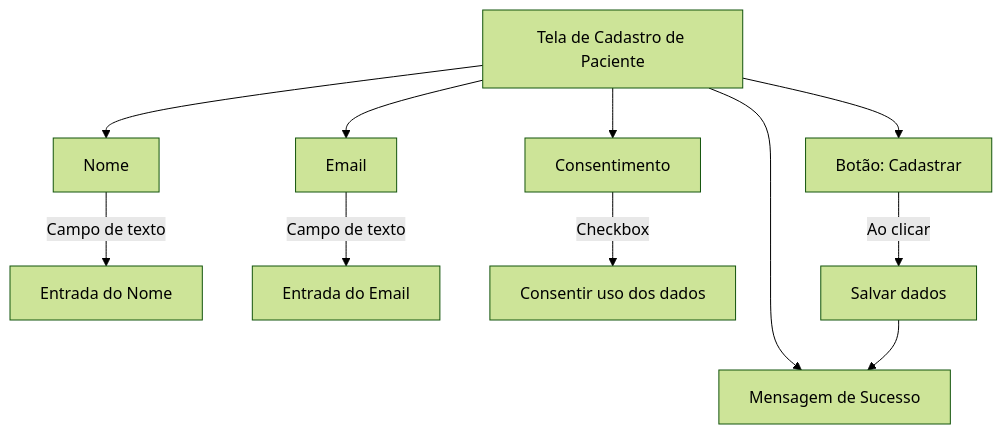
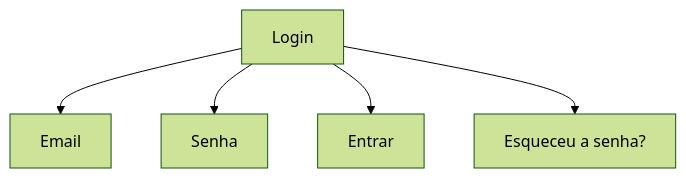
One commit to andrefilipe1310/inovamed- changed the sixth of 6 diagrams in README.md. Above: the diagram before and after it, drawn with Mermaid (forest theme).

````diff
--- a/README.md
+++ b/README.md
@@ -150,15 +150,7 @@
 ```mermaid
 graph TD
-    A[Tela de Cadastro de Paciente] --> B[Nome]
-    A --> C[Email]
-    A --> D[Consentimento]
-    A --> E[Botão: Cadastrar]
-    A --> F[Mensagem de Sucesso]
-    
-    B --> |"Campo de texto"| G[Entrada do Nome]
-    C --> |"Campo de texto"| H[Entrada do Email]
-    D --> |"Checkbox"| I[Consentir uso dos dados]
-
-    E --> |"Ao clicar"| J[Salvar dados]
-    J --> F
+    A[Login] --> B[Email]
+    A --> C[Senha]
+    A --> D[Entrar]
+    A --> E[Esqueceu a senha?]
 ```
````
